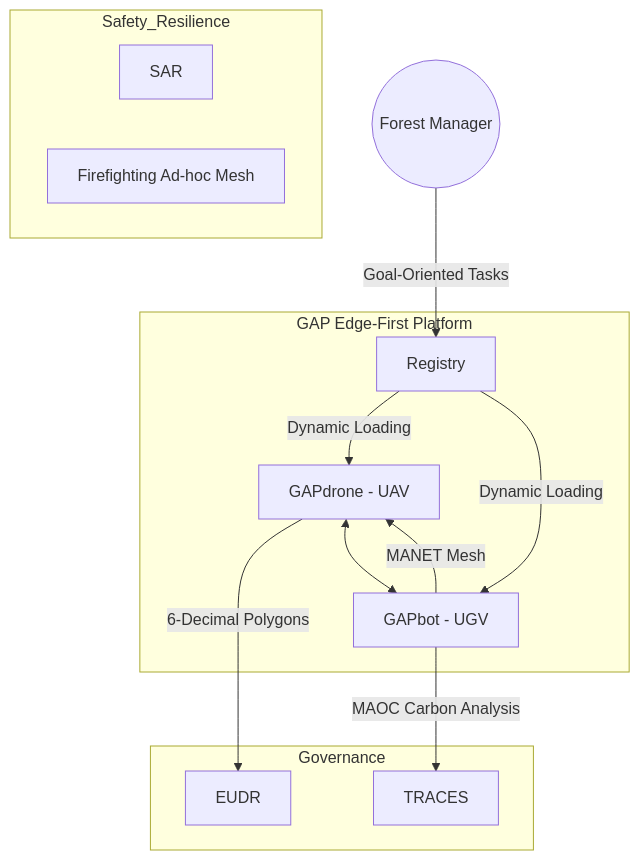
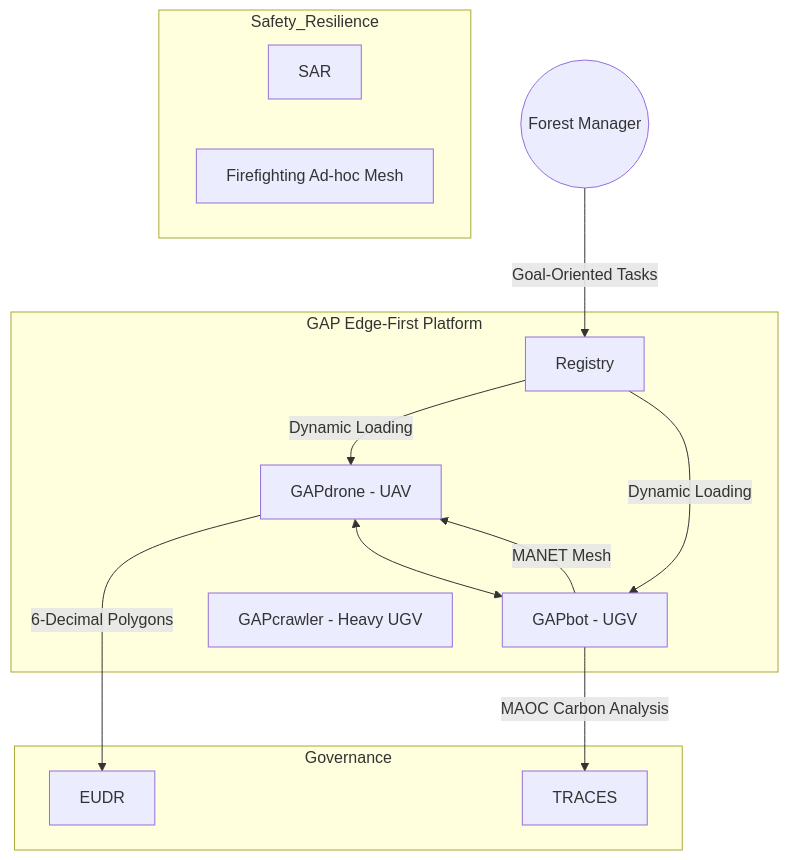
Before and after one commit to PelleNybe/CoraxCoLABs-GAP-GreenAutomatedPlatform---GAPbot: the diagram in README.md, drawn with Mermaid. The commit also changed other lines of this file and 1 other file, not shown here.

Commit message:
docs: add missing GAPcrawler and ForestFlow content to README.md (#77)

````diff
--- a/README.md
+++ b/README.md
@@ -68,21 +68,22 @@
 ```mermaid
 flowchart TD
     subgraph Governance
         EUDR
         TRACES
     end
     subgraph GAP_Edge [GAP Edge-First Platform]
         Drone[GAPdrone - UAV]
         Bot[GAPbot - UGV]
+        Crawler[GAPcrawler - Heavy UGV]
         Registry
     end
     subgraph Safety_Resilience
         SAR
         Fire[Firefighting Ad-hoc Mesh]
     end
     Operator((Forest Manager)) -- "Goal-Oriented Tasks" --> Registry
     Registry -- "Dynamic Loading" --> Drone & Bot
     Drone -- "6-Decimal Polygons" --> EUDR
     Bot -- "MAOC Carbon Analysis" --> TRACES
     Drone <--> Bot -- "MANET Mesh" --> Drone
 ```
````
